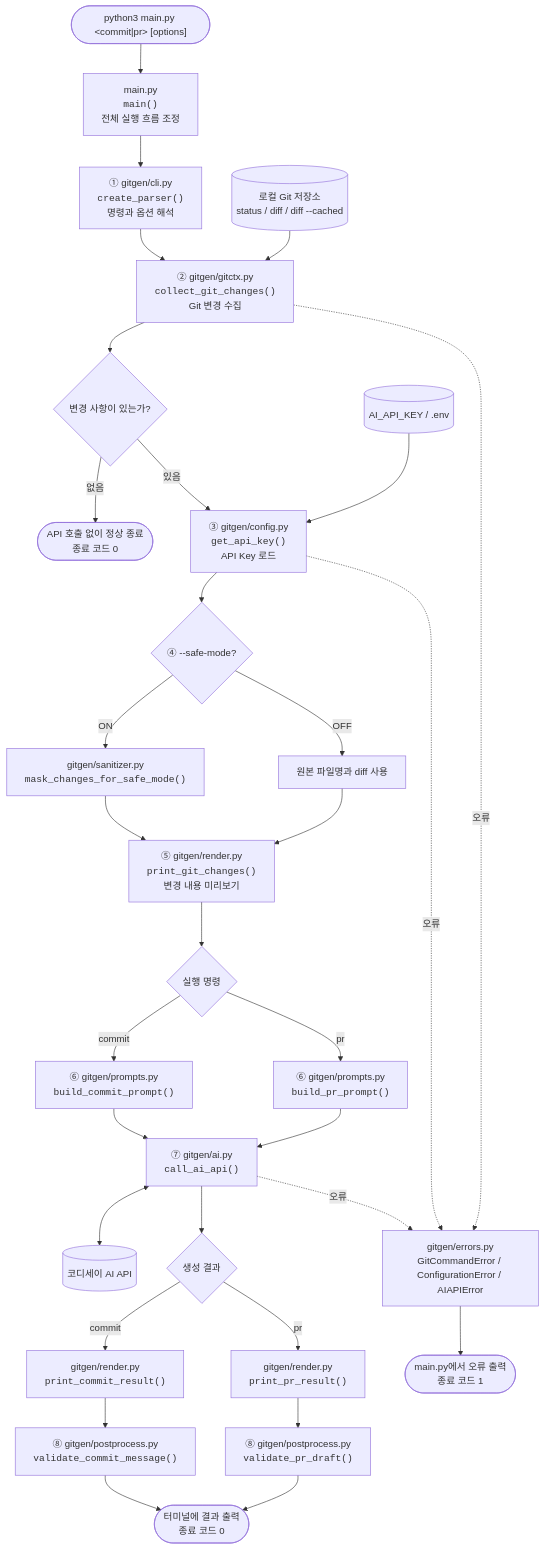
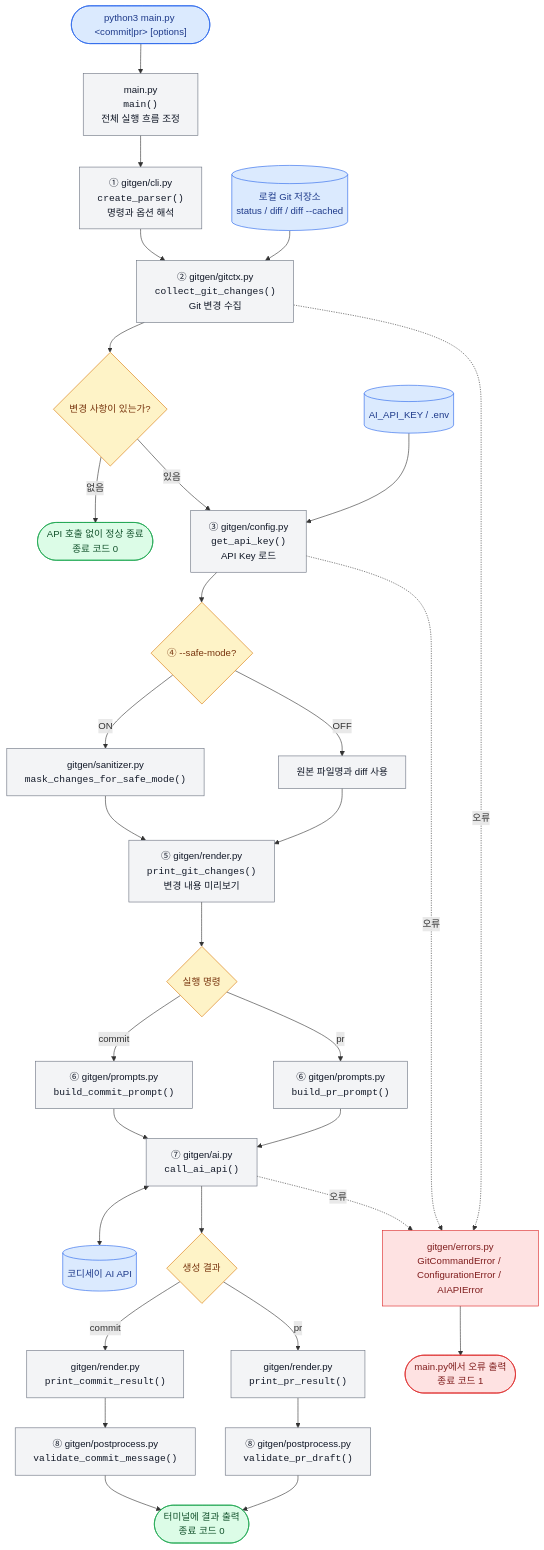
One commit to bllancck/B3-2.git-ai-generator changed the diagram in docs/design/execution-flow.md. Above: the diagram before and after it, drawn with Mermaid. The commit also changed 2 other files, not shown here.

Commit message:
docs: streamline and style workflow diagrams

````diff
--- a/docs/design/execution-flow.md
+++ b/docs/design/execution-flow.md
@@ -5,49 +5,61 @@
 ```mermaid
 flowchart TB
     Start(["python3 main.py &lt;commit|pr&gt; [options]"])
     Main["main.py<br/><code>main()</code><br/>전체 실행 흐름 조정"]
     CLI["① gitgen/cli.py<br/><code>create_parser()</code><br/>명령과 옵션 해석"]
     GitCtx["② gitgen/gitctx.py<br/><code>collect_git_changes()</code><br/>Git 변경 수집"]
     Repo[("로컬 Git 저장소<br/>status / diff / diff --cached")]
     HasChanges{"변경 사항이 있는가?"}
     NoChanges(["API 호출 없이 정상 종료<br/>종료 코드 0"])
     Config["③ gitgen/config.py<br/><code>get_api_key()</code><br/>API Key 로드"]
     Env[("AI_API_KEY / .env")]
     SafeMode{"④ --safe-mode?"}
     Sanitize["gitgen/sanitizer.py<br/><code>mask_changes_for_safe_mode()</code>"]
     Original["원본 파일명과 diff 사용"]
     Preview["⑤ gitgen/render.py<br/><code>print_git_changes()</code><br/>변경 내용 미리보기"]
     Command{"실행 명령"}
     CommitPrompt["⑥ gitgen/prompts.py<br/><code>build_commit_prompt()</code>"]
     PRPrompt["⑥ gitgen/prompts.py<br/><code>build_pr_prompt()</code>"]
     AI["⑦ gitgen/ai.py<br/><code>call_ai_api()</code>"]
     API[("코디세이 AI API")]
     ResultType{"생성 결과"}
     CommitRender["gitgen/render.py<br/><code>print_commit_result()</code>"]
     PRRender["gitgen/render.py<br/><code>print_pr_result()</code>"]
     CommitValidate["⑧ gitgen/postprocess.py<br/><code>validate_commit_message()</code>"]
     PRValidate["⑧ gitgen/postprocess.py<br/><code>validate_pr_draft()</code>"]
     Success(["터미널에 결과 출력<br/>종료 코드 0"])
     Errors["gitgen/errors.py<br/>GitCommandError / ConfigurationError / AIAPIError"]
     Failure(["main.py에서 오류 출력<br/>종료 코드 1"])
 
     Start --> Main --> CLI --> GitCtx --> HasChanges
     Repo --> GitCtx
     HasChanges -->|없음| NoChanges
     HasChanges -->|있음| Config --> SafeMode
     Env --> Config
     SafeMode -->|ON| Sanitize --> Preview
     SafeMode -->|OFF| Original --> Preview
     Preview --> Command
     Command -->|commit| CommitPrompt --> AI
     Command -->|pr| PRPrompt --> AI
     AI <--> API
     AI --> ResultType
     ResultType -->|commit| CommitRender --> CommitValidate --> Success
     ResultType -->|pr| PRRender --> PRValidate --> Success
 
     GitCtx -. 오류 .-> Errors
     Config -. 오류 .-> Errors
     AI -. 오류 .-> Errors
     Errors --> Failure
+
+    classDef input fill:#DBEAFE,stroke:#2563EB,color:#1E3A8A
+    classDef process fill:#F3F4F6,stroke:#6B7280,color:#111827
+    classDef decision fill:#FEF3C7,stroke:#D97706,color:#78350F
+    classDef success fill:#DCFCE7,stroke:#16A34A,color:#14532D
+    classDef failure fill:#FEE2E2,stroke:#DC2626,color:#7F1D1D
+
+    class Start,Repo,Env,API input
+    class Main,CLI,GitCtx,Config,Sanitize,Original,Preview,CommitPrompt,PRPrompt,AI,CommitRender,PRRender,CommitValidate,PRValidate process
+    class HasChanges,SafeMode,Command,ResultType decision
+    class NoChanges,Success success
+    class Errors,Failure failure
 ```
````
